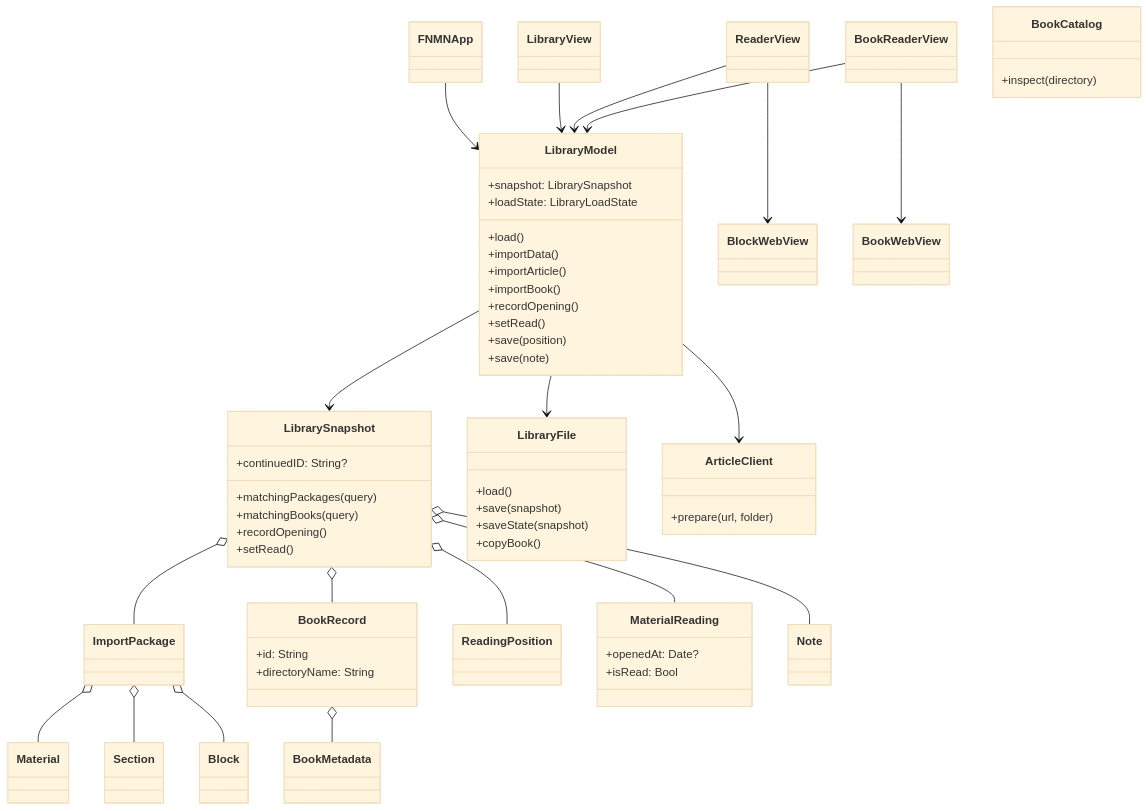
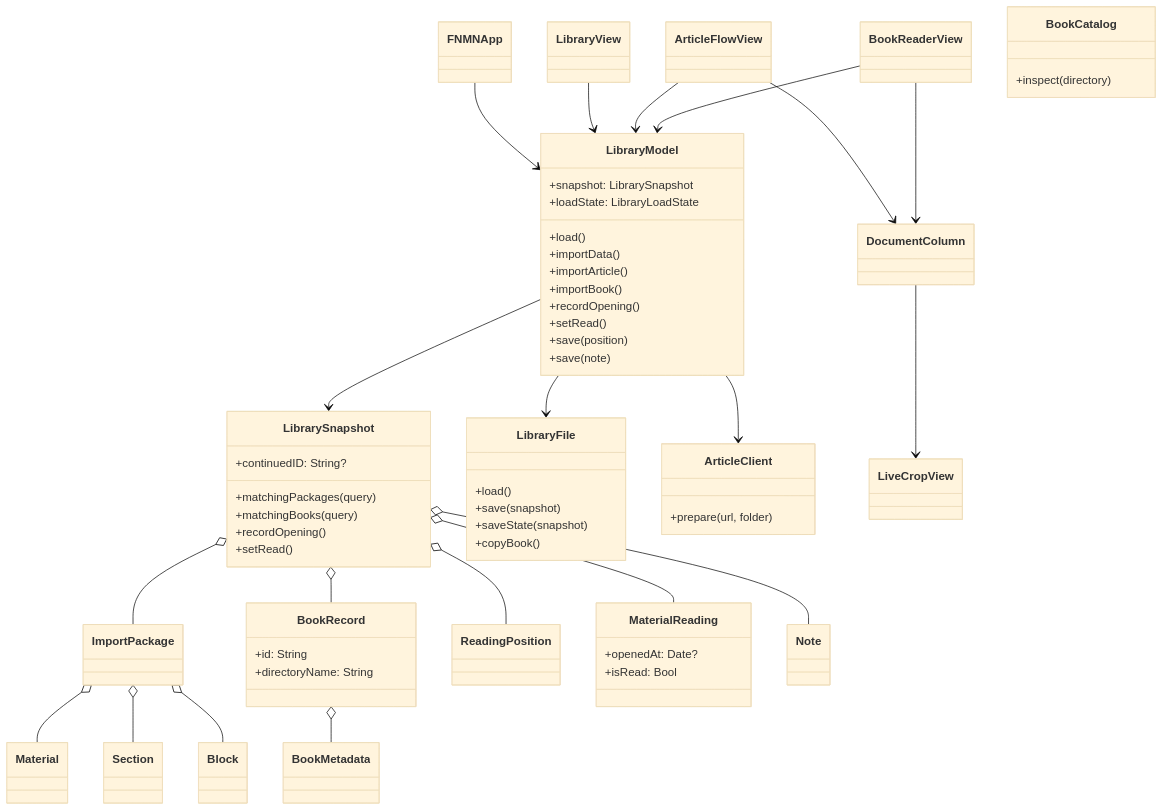
The second of 9 diagrams in APP_SPEC.md (vladkalinichencko/fnmn-app), drawn with Mermaid (base theme) before and after one commit. The commit also changed other lines of this file and 31 other files, not shown here.

````diff
--- a/APP_SPEC.md
+++ b/APP_SPEC.md
@@ -76,61 +72,62 @@
 ```mermaid
 classDiagram
     FNMNApp --> LibraryModel
     LibraryView --> LibraryModel
-    ReaderView --> LibraryModel
+    ArticleFlowView --> LibraryModel
     BookReaderView --> LibraryModel
+    ArticleFlowView --> DocumentColumn
+    BookReaderView --> DocumentColumn
     LibraryModel --> LibrarySnapshot
     LibraryModel --> LibraryFile
     LibraryModel --> ArticleClient
     LibrarySnapshot o-- ImportPackage
     ImportPackage o-- Material
     ImportPackage o-- Section
     ImportPackage o-- Block
     LibrarySnapshot o-- BookRecord
     BookRecord o-- BookMetadata
     LibrarySnapshot o-- ReadingPosition
     LibrarySnapshot o-- MaterialReading
     LibrarySnapshot o-- Note
-    ReaderView --> BlockWebView
-    BookReaderView --> BookWebView
+    DocumentColumn --> LiveCropView
 
     class LibraryModel {
       +snapshot: LibrarySnapshot
       +loadState: LibraryLoadState
       +load()
       +importData()
       +importArticle()
       +importBook()
       +recordOpening()
       +setRead()
       +save(position)
       +save(note)
     }
     class LibrarySnapshot {
       +continuedID: String?
       +matchingPackages(query)
       +matchingBooks(query)
       +recordOpening()
       +setRead()
     }
     class BookRecord {
       +id: String
       +directoryName: String
     }
     class BookCatalog {
       +inspect(directory)
     }
     class MaterialReading {
       +openedAt: Date?
       +isRead: Bool
     }
     class LibraryFile {
       +load()
       +save(snapshot)
       +saveState(snapshot)
       +copyBook()
     }
     class ArticleClient {
       +prepare(url, folder)
     }
 ```
````
